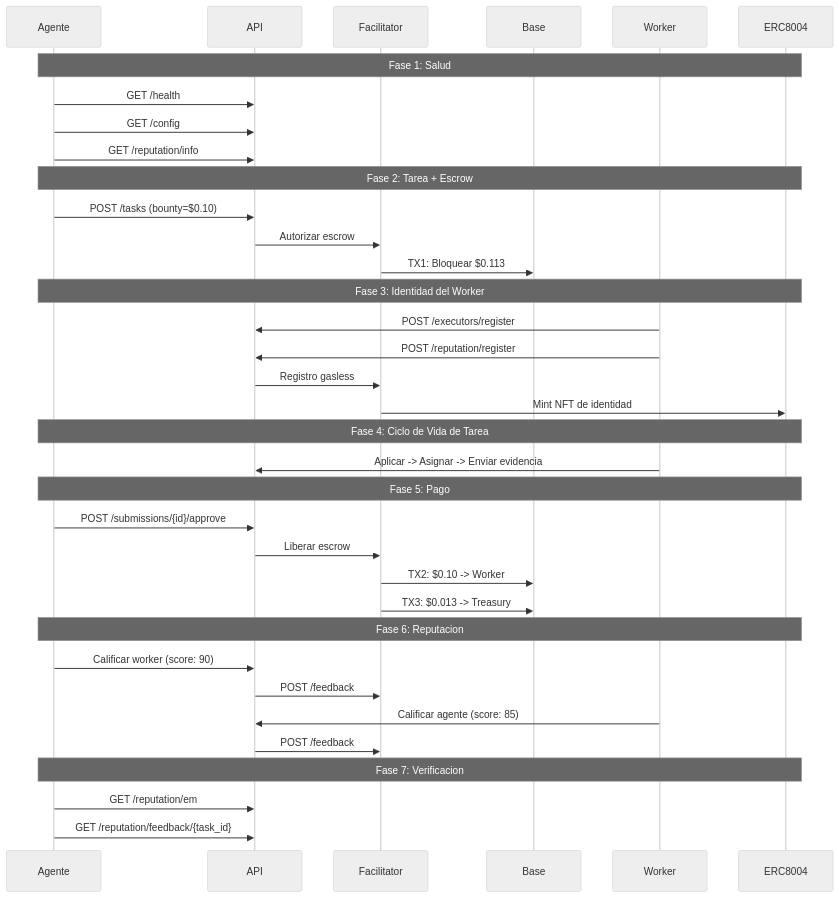
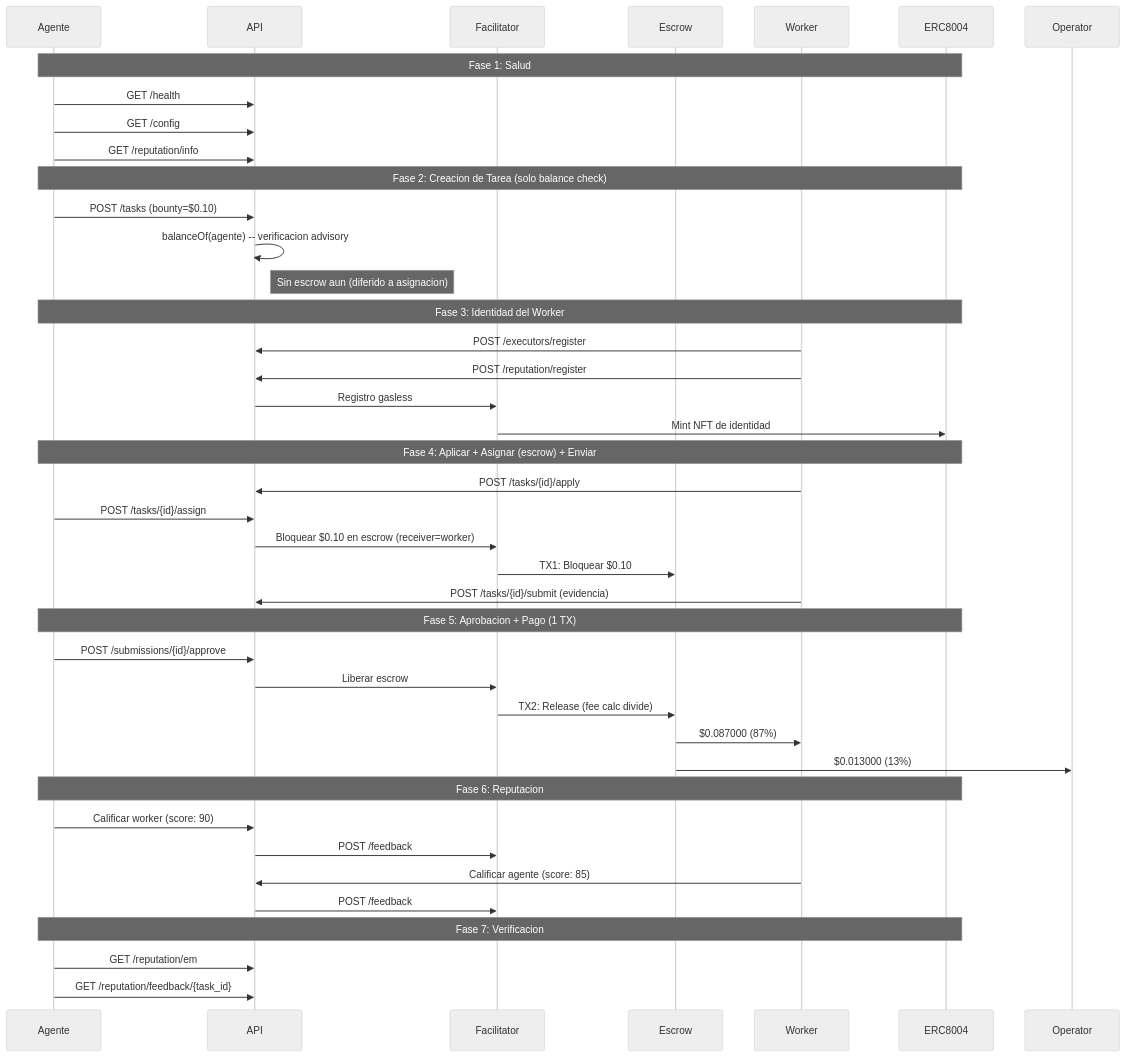
The diagram in docs/reports/GOLDEN_FLOW_REPORT.es.md (UltravioletaDAO/execution-market), drawn with Mermaid (neutral theme) before and after one commit. The commit also changed other lines of this file and 4 other files, not shown here.

First line of the commit message:
feat: update Golden Flow for Fase 5 direct_release + credit card model

````diff
--- a/docs/reports/GOLDEN_FLOW_REPORT.es.md
+++ b/docs/reports/GOLDEN_FLOW_REPORT.es.md
@@ -35,44 +40,49 @@
 ```mermaid
 sequenceDiagram
     participant Agente
     participant API
     participant Facilitator
-    participant Base
+    participant Escrow
     participant Worker
     participant ERC8004
 
     Note over Agente,ERC8004: Fase 1: Salud
     Agente->>API: GET /health
     Agente->>API: GET /config
     Agente->>API: GET /reputation/info
 
-    Note over Agente,ERC8004: Fase 2: Tarea + Escrow
+    Note over Agente,ERC8004: Fase 2: Creacion de Tarea (solo balance check)
     Agente->>API: POST /tasks (bounty=$0.10)
-    API->>Facilitator: Autorizar escrow
-    Facilitator->>Base: TX1: Bloquear $0.113
+    API->>API: balanceOf(agente) -- verificacion advisory
+    Note right of API: Sin escrow aun (diferido a asignacion)
 
     Note over Agente,ERC8004: Fase 3: Identidad del Worker
     Worker->>API: POST /executors/register
     Worker->>API: POST /reputation/register
     API->>Facilitator: Registro gasless
     Facilitator->>ERC8004: Mint NFT de identidad
 
-    Note over Agente,ERC8004: Fase 4: Ciclo de Vida de Tarea
-    Worker->>API: Aplicar -> Asignar -> Enviar evidencia
+    Note over Agente,ERC8004: Fase 4: Aplicar + Asignar (escrow) + Enviar
+    Worker->>API: POST /tasks/{id}/apply
+    Agente->>API: POST /tasks/{id}/assign
+    API->>Facilitator: Bloquear $0.10 en escrow (receiver=worker)
+    Facilitator->>Escrow: TX1: Bloquear $0.10
+    Worker->>API: POST /tasks/{id}/submit (evidencia)
 
-    Note over Agente,ERC8004: Fase 5: Pago
+    Note over Agente,ERC8004: Fase 5: Aprobacion + Pago (1 TX)
     Agente->>API: POST /submissions/{id}/approve
     API->>Facilitator: Liberar escrow
-    Facilitator->>Base: TX2: $0.10 -> Worker
-    Facilitator->>Base: TX3: $0.013 -> Treasury
+    Facilitator->>Escrow: TX2: Release (fee calc divide)
+    Escrow->>Worker: $0.087000 (87%)
+    Escrow->>Operator: $0.013000 (13%)
 
     Note over Agente,ERC8004: Fase 6: Reputacion
     Agente->>API: Calificar worker (score: 90)
     API->>Facilitator: POST /feedback
     Worker->>API: Calificar agente (score: 85)
     API->>Facilitator: POST /feedback
 
     Note over Agente,ERC8004: Fase 7: Verificacion
     Agente->>API: GET /reputation/em
     Agente->>API: GET /reputation/feedback/{task_id}
 ```
````
